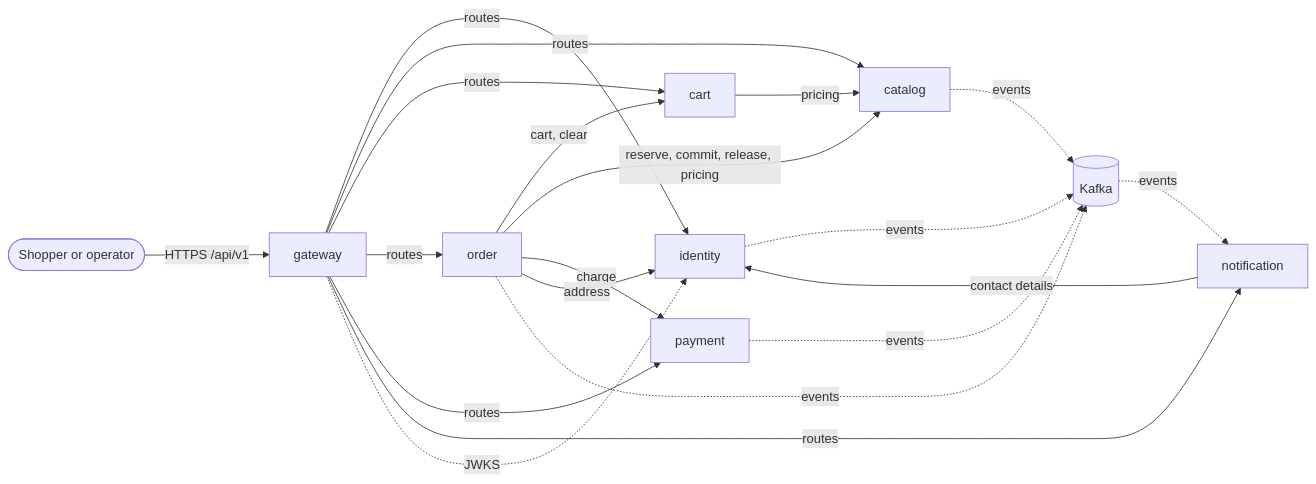
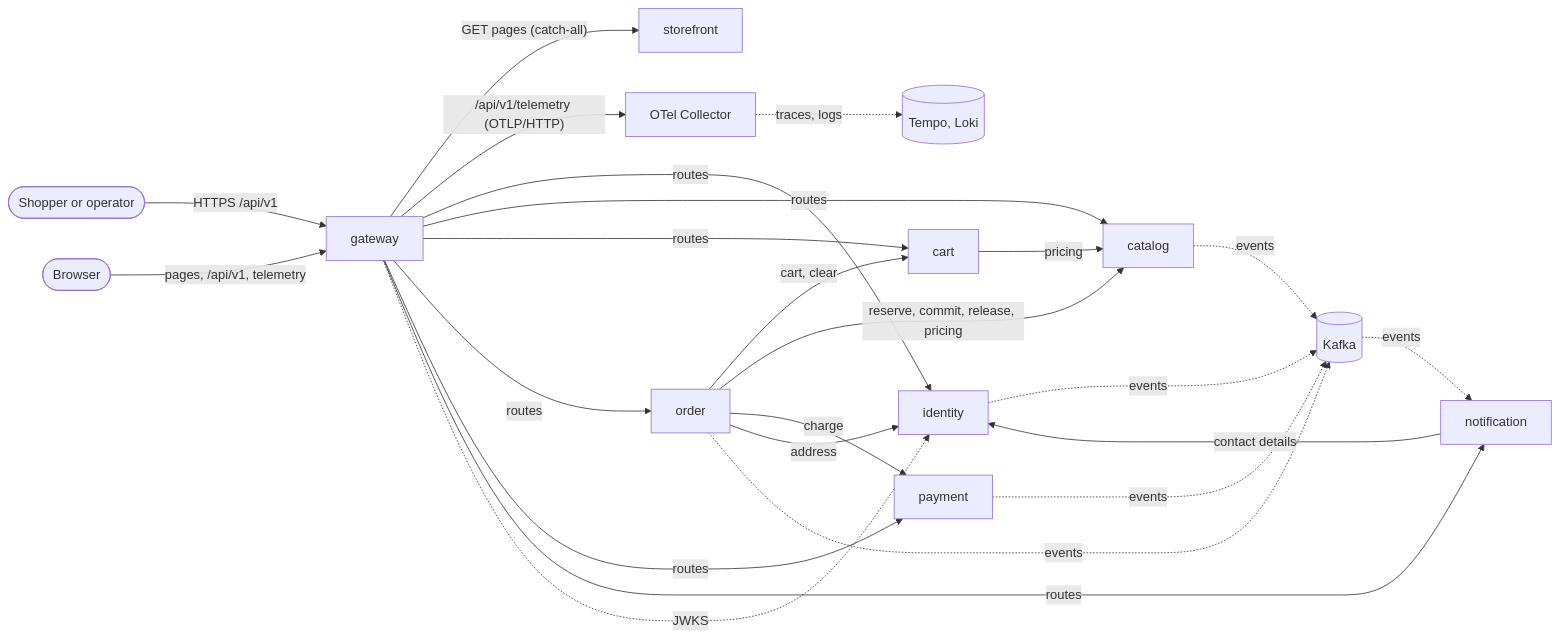
Before and after one commit to raphaelpanta/scalable-e-commerce-platform-kotlin: the first of 2 diagrams in docs/architecture.md, drawn with Mermaid. The commit also changed other lines of this file and 3 other files, not shown here.

Commit message:
docs: storefront in the architecture overview, ADR 0005 browser session at the gateway (005 T102)

````diff
--- a/docs/architecture.md
+++ b/docs/architecture.md
@@ -29,23 +32,27 @@
 ```mermaid
 flowchart LR
     client([Shopper or operator]) -->|HTTPS /api/v1| gateway
+    browser([Browser]) -->|pages, /api/v1, telemetry| gateway
+    gateway -->|"GET pages (catch-all)"| storefront
+    gateway -->|"/api/v1/telemetry (OTLP/HTTP)"| collector[OTel Collector]
+    collector -.->|traces, logs| lgtm[(Tempo, Loki)]
     gateway -->|routes| identity
     gateway -->|routes| catalog
     gateway -->|routes| cart
     gateway -->|routes| order
     gateway -->|routes| payment
     gateway -->|routes| notification
     gateway -.->|JWKS| identity
     cart -->|pricing| catalog
     order -->|cart, clear| cart
     order -->|reserve, commit, release, pricing| catalog
     order -->|charge| payment
     order -->|address| identity
     notification -->|contact details| identity
     kafka[(Kafka)]
     identity -.->|events| kafka
     order -.->|events| kafka
     payment -.->|events| kafka
     catalog -.->|events| kafka
     kafka -.->|events| notification
 ```
````
